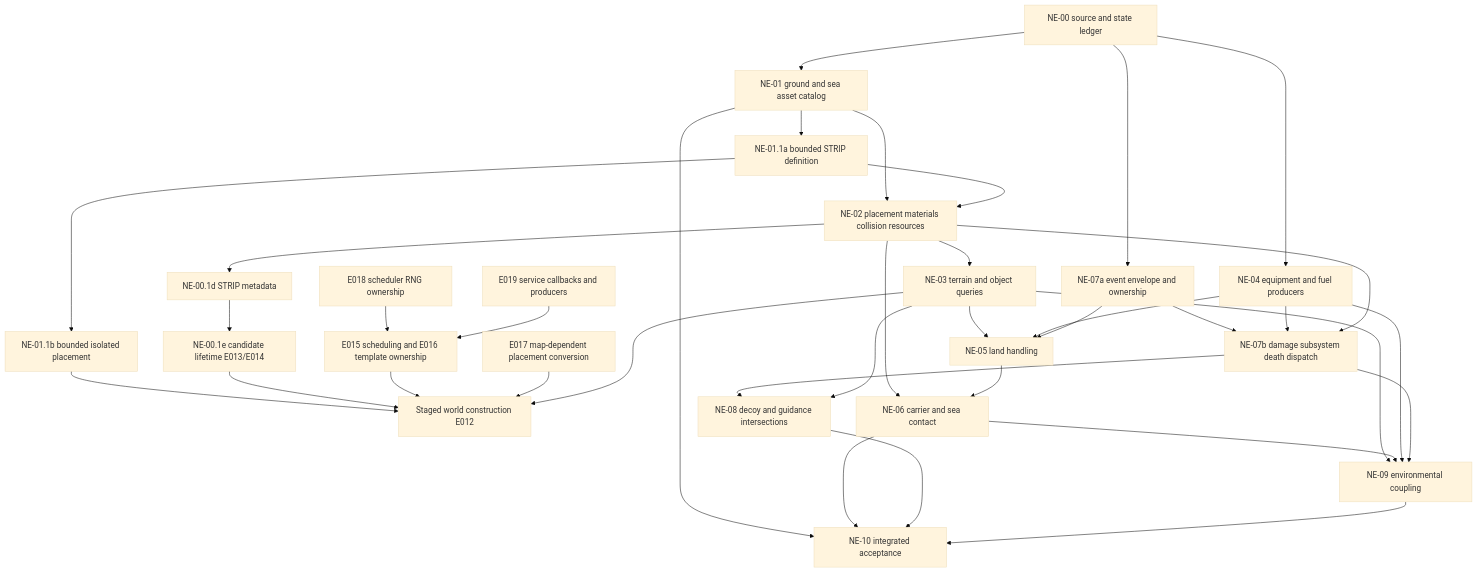
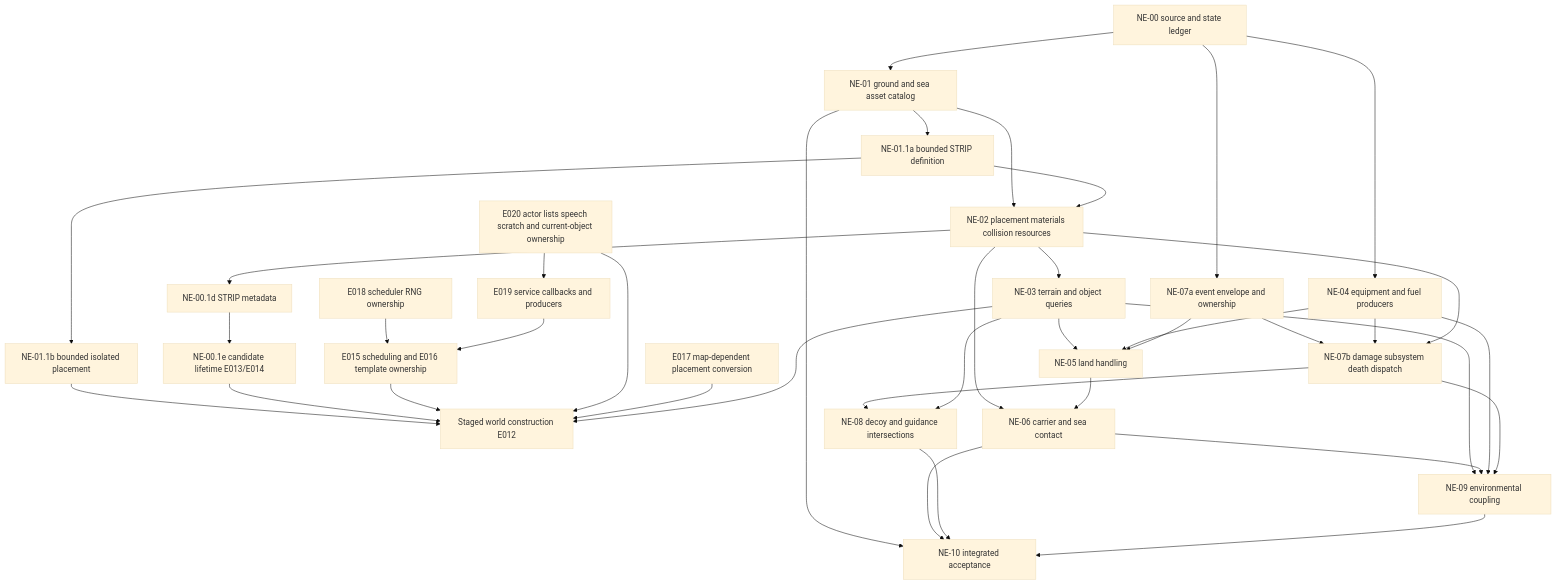
The diagram in docs/native-environment-systems-plan.md (john-overton/T.O.R.E-Fighters), drawn with Mermaid (base theme) before and after one commit. The commit also changed other lines of this file and 4 other files, not shown here.

````diff
--- a/docs/native-environment-systems-plan.md
+++ b/docs/native-environment-systems-plan.md
@@ -168,38 +170,40 @@
 ```mermaid
 flowchart TD
   A[NE-00 source and state ledger] --> B[NE-01 ground and sea asset catalog]
   B --> C[NE-02 placement materials collision resources]
   B --> O[NE-01.1a bounded STRIP definition]
   O --> Q[NE-01.1b bounded isolated placement]
   Q --> W
   O --> C
   C --> S[NE-00.1d STRIP metadata]
   S --> R[NE-00.1e candidate lifetime E013/E014]
   R --> W[Staged world construction E012]
   T[E015 scheduling and E016 template ownership] --> W
   U[E018 scheduler RNG ownership] --> T
   P[E019 service callbacks and producers] --> T
+  Y[E020 actor lists speech scratch and current-object ownership] --> P
+  Y --> W
   V[E017 map-dependent placement conversion] --> W
   F --> W
   A --> D[NE-04 equipment and fuel producers]
   A --> E[NE-07a event envelope and ownership]
   C --> F[NE-03 terrain and object queries]
   F --> G[NE-05 land handling]
   D --> G
   E --> G
   C --> H[NE-06 carrier and sea contact]
   G --> H
   E --> I[NE-07b damage subsystem death dispatch]
   D --> I
   C --> I
   I --> J[NE-08 decoy and guidance intersections]
   F --> J
   F --> K[NE-09 environmental coupling]
   H --> K
   D --> K
   I --> K
   B --> L[NE-10 integrated acceptance]
   H --> L
   J --> L
   K --> L
 ```
````
